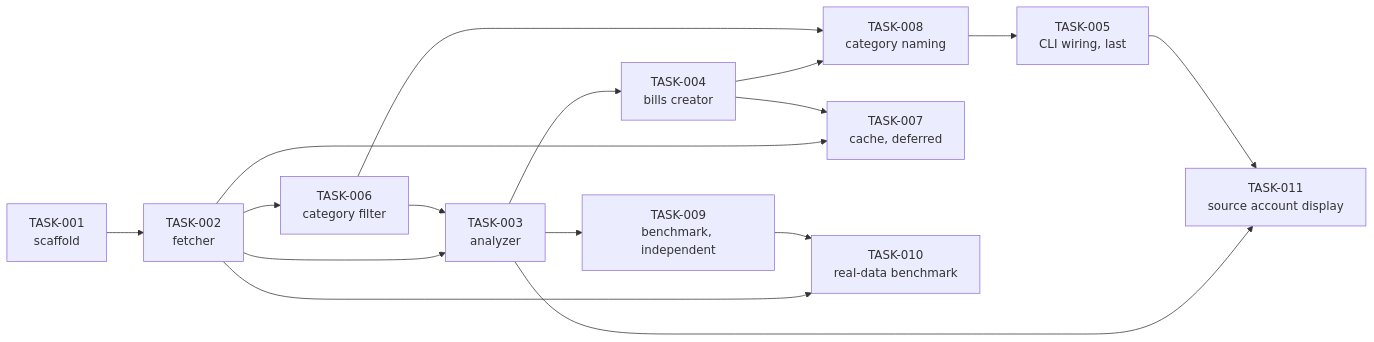
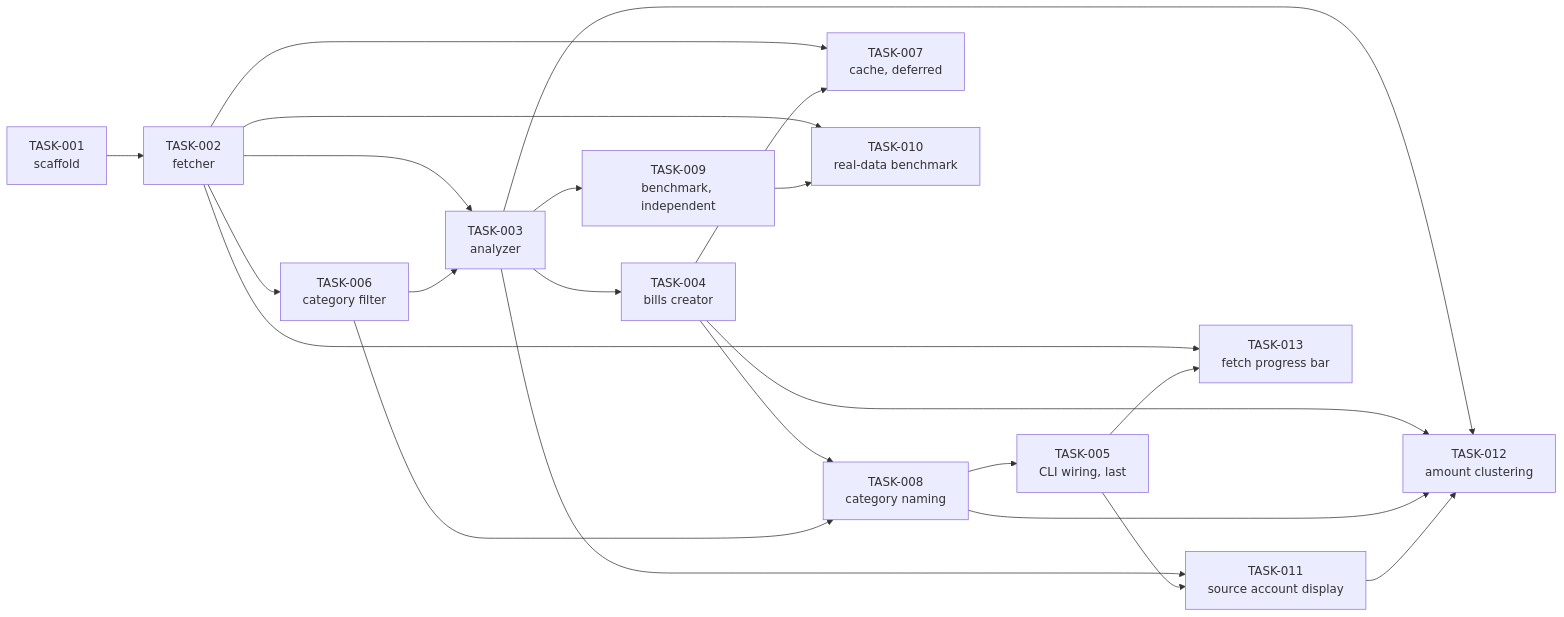
One commit to CmdrPrompt/firefly-bills-analyzer changed the diagram in docs/tasks/README.md. Above: the diagram before and after it, drawn with Mermaid. The commit also changed other lines of this file and 3 other files, not shown here.

````diff
--- a/docs/tasks/README.md
+++ b/docs/tasks/README.md
@@ -26,18 +28,24 @@
 ```mermaid
 graph LR
     T001[TASK-001<br/>scaffold] --> T002[TASK-002<br/>fetcher]
     T002 --> T006[TASK-006<br/>category filter]
     T002 --> T003[TASK-003<br/>analyzer]
     T006 --> T003
     T003 --> T004[TASK-004<br/>bills creator]
     T004 --> T008[TASK-008<br/>category naming]
     T006 --> T008
     T002 --> T007[TASK-007<br/>cache, deferred]
     T004 --> T007
     T008 --> T005[TASK-005<br/>CLI wiring, last]
     T003 --> T009[TASK-009<br/>benchmark, independent]
     T002 --> T010[TASK-010<br/>real-data benchmark]
     T009 --> T010
     T003 --> T011[TASK-011<br/>source account display]
     T005 --> T011
+    T003 --> T012[TASK-012<br/>amount clustering]
+    T004 --> T012
+    T008 --> T012
+    T011 --> T012
+    T002 --> T013[TASK-013<br/>fetch progress bar]
+    T005 --> T013
 ```
````
